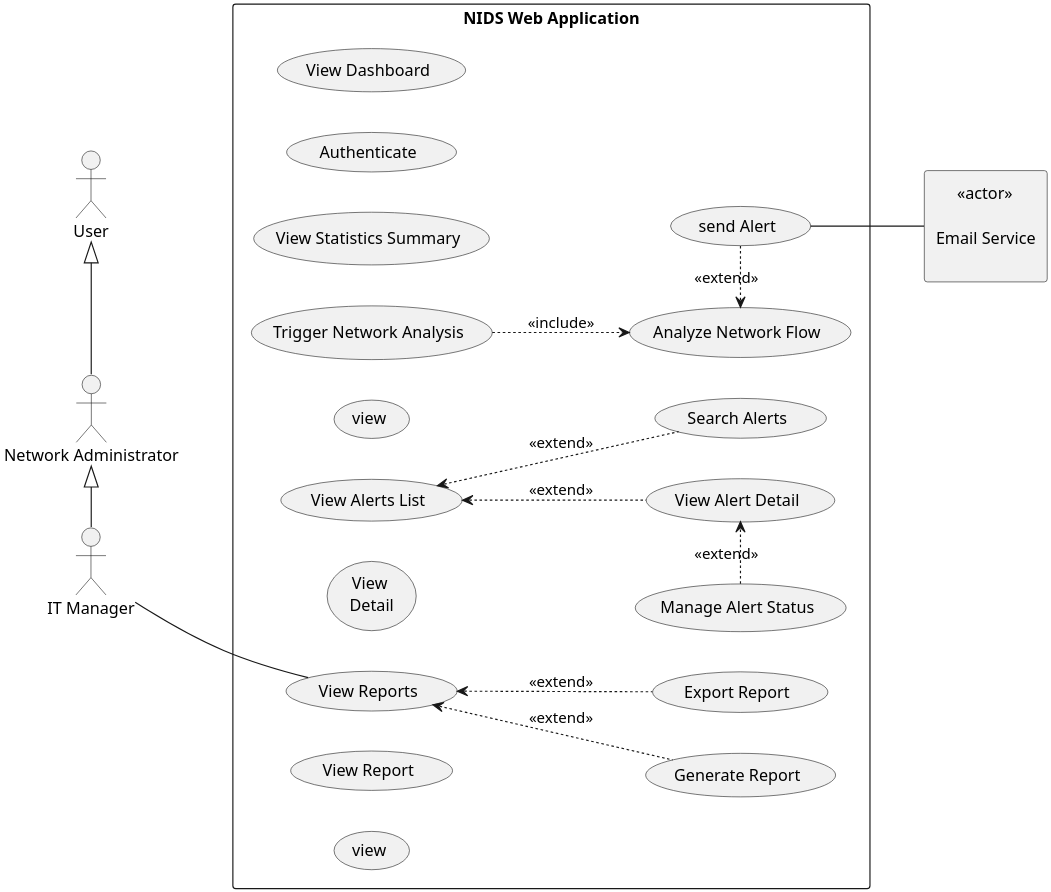
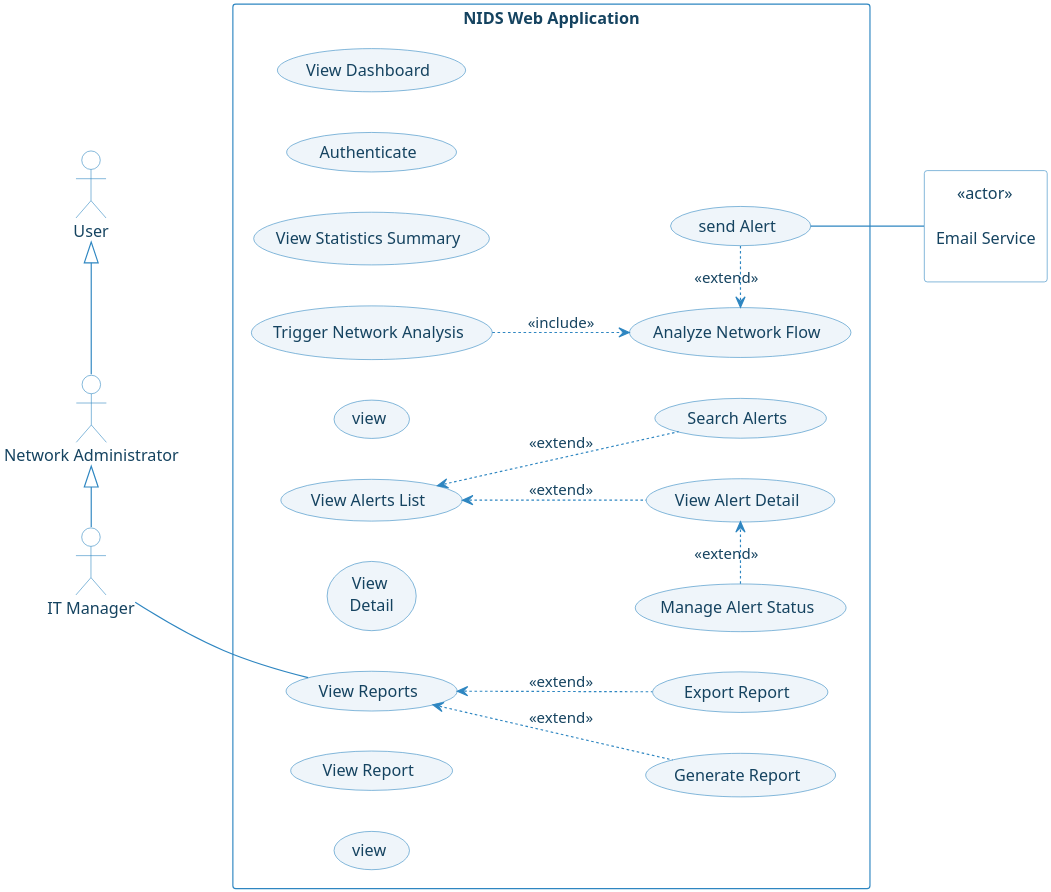
One commit to Amira-BOUAFIF/pfe-nids-report changed the diagram in diagrams/code/use-case.puml. Above: the diagram before and after it, drawn with PlantUML. The commit also changed 5 other files, not shown here.

```diff
--- a/diagrams/code/use-case.puml
+++ b/diagrams/code/use-case.puml
@@ -1,97 +1,125 @@
 @startuml use-case
 skinparam dpi 300
 left to right direction
 skinparam packageStyle rectangle
+
+' General colors
+skinparam BackgroundColor white
+skinparam ArrowFontColor #154360
+
+' Use case styling
+skinparam UseCase {
+    BackgroundColor #eff5fa
+    BorderColor #2E86C1
+    FontColor #154360
+}
+
+' Actor styling
+skinparam Actor {
+    BackgroundColor #ffffff
+    BorderColor #2E86C1
+    FontColor #154360
+}
+
+' System boundary styling
+skinparam Rectangle {
+    BackgroundColor #ffffff
+    BorderColor #2E86C1
+    FontColor #154360
+}
+
+' Relationship color
+skinparam ArrowColor #2E86C1
 
 
 ' ─── Left Actors ──────────────────────────────────────
 actor "User" as User
 actor "Network Administrator" as Admin
 actor "IT Manager"                       as ITMgr
 
 
 ' ─── System Boundary ──────────────────────────────────
 rectangle "NIDS Web Application" {
 
     usecase "Trigger Network Analysis" as UC_NET
     usecase "Analyze Network Flow" as UC_NET_FLOW
     usecase "send Alert" as UC_ALERT
 
     usecase "Authenticate" as UC_AUTH
 
 
     usecase "View Dashboard"          as UC_VIEW_DASH
     usecase "View Statistics Summary" as UC_VIEW_STATS
 
 
     usecase "View Alerts List"  as UC_ALERT_LIST
     usecase "View Alert Detail" as UC_ALERT_DETAIL
     usecase "Search Alerts" as UC_ALERT_SEARCH
     usecase  "Manage Alert Status" as UC_ALERT_STATUS
 
     usecase "View Reports"  as UC_VIEW_REPORTS
     usecase "Export Report" as UC_EXPORT_REPORT
     usecase "Generate Report" as UC_GEN_REPORT
     usecase "View Report" as UC_VIEW_REPORT
     usecase "View \nDetail" as UC_VIEW_REPORT_DETAIL
     usecase "view" as v
     usecase "view" as v2
 
 }
 
 ' ─── Right Actor ──────────────────────────────────────
 rectangle "     <<actor>>\n\nEmail Service\n" as DE
 
 UC_AUTH       -[hidden]left- UC_VIEW_DASH
 UC_VIEW_DASH  -[hidden]left- UC_VIEW_STATS
 UC_VIEW_STATS -[hidden]left- UC_NET
 
 
 UC_ALERT_LIST -[hidden]left- UC_VIEW_REPORT_DETAIL
 UC_ALERT_LIST -[hidden]right- v
 
 ' ─── Admin + IT Manager associations ───────────────────────────────
 User -[hidden]- UC_AUTH
 User -[hidden]- UC_VIEW_DASH
 User -[hidden]- UC_VIEW_STATS
 
 ' ─── Admin associations ───────────────────────────────
 Admin -[hidden]- UC_NET
 Admin -[hidden]- UC_ALERT_LIST
 
 
 
 ' ─── IT Manager associations ──────────────────────────
 ITMgr -- UC_VIEW_REPORTS
 
 
 
 
 ' ─── Email Service associations ───────────────────
 UC_ALERT -down- DE 
 
 
 UC_NET .down.> UC_NET_FLOW : <<include>>
 UC_ALERT .left.> UC_NET_FLOW : <<extend>>
 
 
 
 UC_ALERT_SEARCH .up.> UC_ALERT_LIST : <<extend>>
 UC_ALERT_DETAIL .up.> UC_ALERT_LIST : <<extend>>
 
 UC_NET -[hidden]down- UC_ALERT
 
 UC_ALERT_STATUS .right.> UC_ALERT_DETAIL : <<extend>>
 
 UC_EXPORT_REPORT .up.> UC_VIEW_REPORTS : <<extend>>
 UC_GEN_REPORT .up.> UC_VIEW_REPORTS : <<extend>>
 
 UC_EXPORT_REPORT .[hidden]left.> UC_GEN_REPORT 
 
 UC_VIEW_REPORTS -[hidden]right- UC_VIEW_REPORT_DETAIL
 
 ITMgr -left-|> Admin
 
 Admin -left-|> User
 
 @enduml
```
